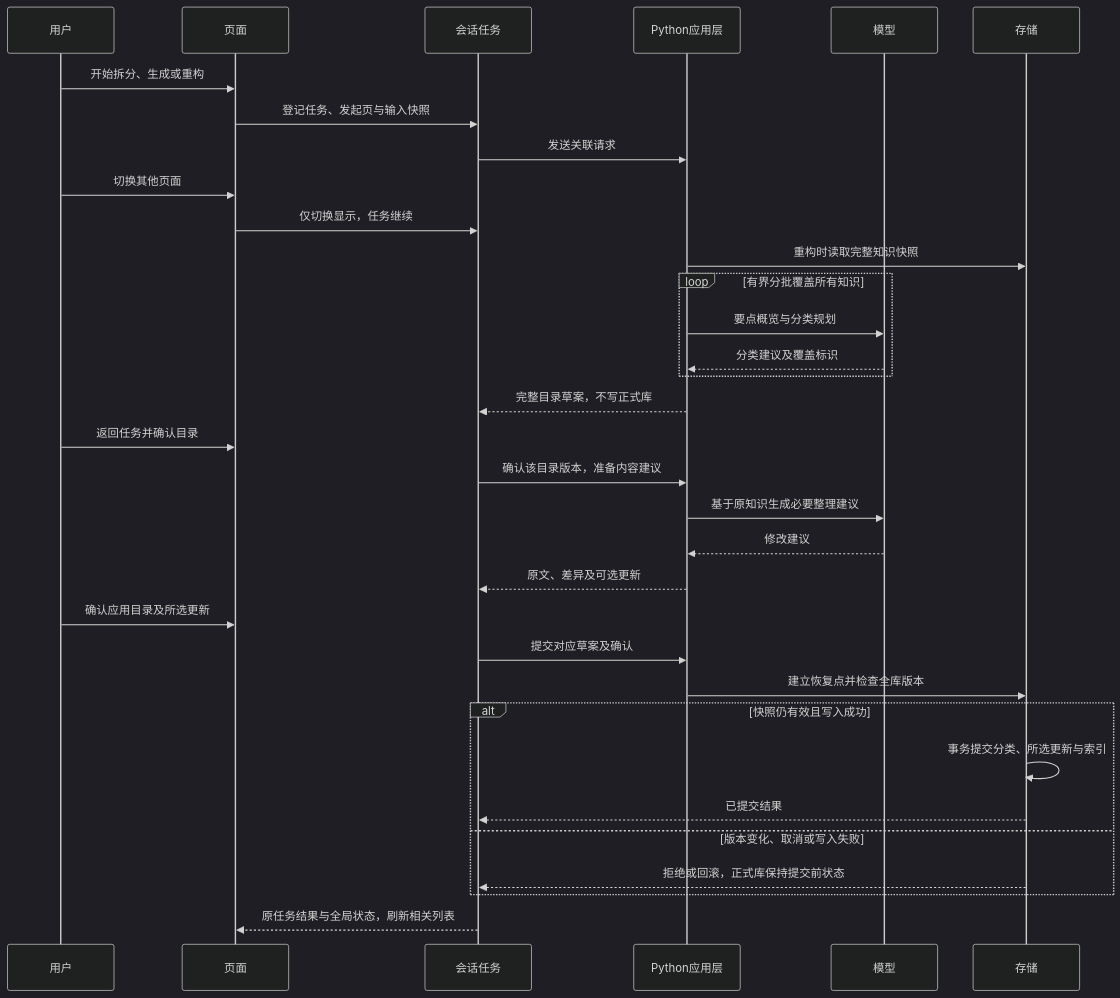
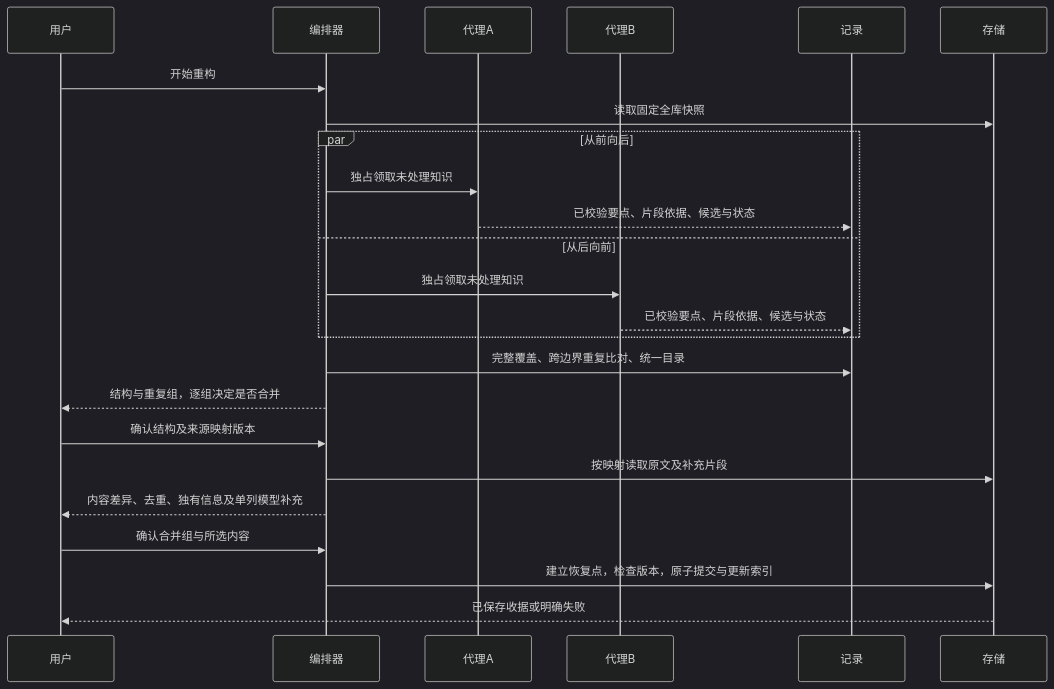
One commit to 20050404yxc-collab/KnowledgeBase changed the fifth of 7 diagrams in docs/确认页/个人知识库/产品方案.md. Above: the diagram before and after it, drawn with Mermaid (dark theme). The commit also changed other lines of this file and 60 other files, not shown here.

````diff
--- a/docs/确认页/个人知识库/产品方案.md
+++ b/docs/确认页/个人知识库/产品方案.md
@@ -530,35 +555,26 @@
 ```mermaid
 sequenceDiagram
     participant 用户
-    participant 页面
-    participant 会话任务
-    participant Python应用层
-    participant 模型
+    participant 编排器
+    participant 代理A
+    participant 代理B
+    participant 记录
     participant 存储
-    用户->>页面: 开始拆分、生成或重构
-    页面->>会话任务: 登记任务、发起页与输入快照
-    会话任务->>Python应用层: 发送关联请求
-    用户->>页面: 切换其他页面
-    页面->>会话任务: 仅切换显示，任务继续
-    Python应用层->>存储: 重构时读取完整知识快照
-    loop 有界分批覆盖所有知识
-        Python应用层->>模型: 要点概览与分类规划
-        模型-->>Python应用层: 分类建议及覆盖标识
+    用户->>编排器: 开始重构
+    编排器->>存储: 读取固定全库快照
+    par 从前向后
+        编排器->>代理A: 独占领取未处理知识
+        代理A-->>记录: 已校验要点、片段依据、候选与状态
+    and 从后向前
+        编排器->>代理B: 独占领取未处理知识
+        代理B-->>记录: 已校验要点、片段依据、候选与状态
     end
-    Python应用层-->>会话任务: 完整目录草案，不写正式库
-    用户->>页面: 返回任务并确认目录
-    会话任务->>Python应用层: 确认该目录版本，准备内容建议
-    Python应用层->>模型: 基于原知识生成必要整理建议
-    模型-->>Python应用层: 修改建议
-    Python应用层-->>会话任务: 原文、差异及可选更新
-    用户->>页面: 确认应用目录及所选更新
-    会话任务->>Python应用层: 提交对应草案及确认
-    Python应用层->>存储: 建立恢复点并检查全库版本
-    alt 快照仍有效且写入成功
-        存储->>存储: 事务提交分类、所选更新与索引
-        存储-->>会话任务: 已提交结果
-    else 版本变化、取消或写入失败
-        存储-->>会话任务: 拒绝或回滚，正式库保持提交前状态
-    end
-    会话任务-->>页面: 原任务结果与全局状态，刷新相关列表
+    编排器->>记录: 完整覆盖、跨边界重复比对、统一目录
+    编排器-->>用户: 结构与重复组，逐组决定是否合并
+    用户->>编排器: 确认结构及来源映射版本
+    编排器->>存储: 按映射读取原文及补充片段
+    编排器-->>用户: 内容差异、去重、独有信息及单列模型补充
+    用户->>编排器: 确认合并组与所选内容
+    编排器->>存储: 建立恢复点，检查版本，原子提交与更新索引
+    存储-->>用户: 已保存收据或明确失败
 ```
````
